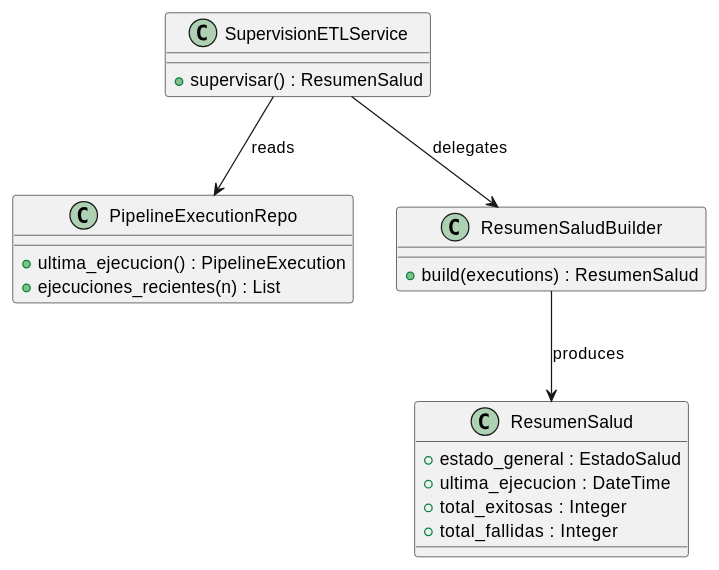
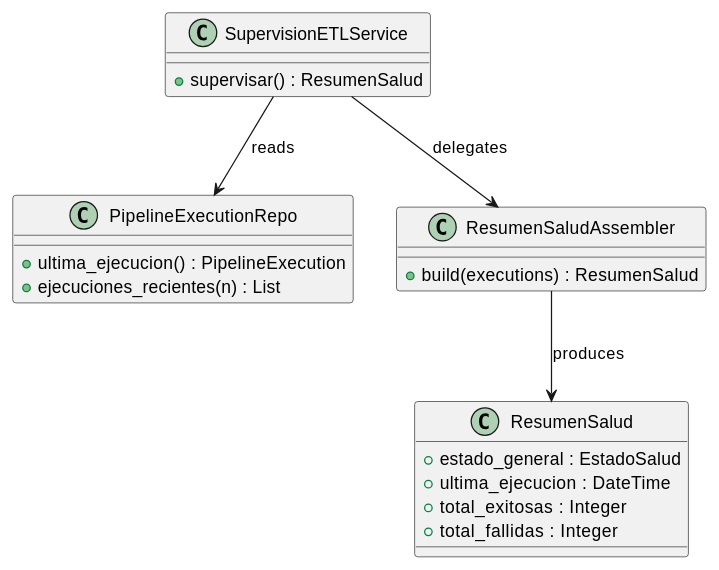
Before and after one commit to jcg-admin/IACT-docs: the diagram in source/requisitos/casos-uso/pipeline/uc-pip-01/diagramas-uml/diagrama-de-clases.rst, drawn with PlantUML. The commit also changed 6 other files, not shown here.

First line of the commit message:
Rename ResumenSaludBuilder to ResumenSaludAssembler (D3)

```diff
--- a/source/requisitos/casos-uso/pipeline/uc-pip-01/diagramas-uml/diagrama-de-clases.rst
+++ b/source/requisitos/casos-uso/pipeline/uc-pip-01/diagramas-uml/diagrama-de-clases.rst
@@ -6,30 +6,30 @@
 .. uml::
  :caption: UC_PIP_01 — clases involucradas.
 
  @startuml
 
  class SupervisionETLService {
    + supervisar() : ResumenSalud
  }
 
  class PipelineExecutionRepo {
    + ultima_ejecucion() : PipelineExecution
    + ejecuciones_recientes(n) : List
  }
 
- class ResumenSaludBuilder {
+ class ResumenSaludAssembler {
    + build(executions) : ResumenSalud
  }
 
  class ResumenSalud {
    + estado_general : EstadoSalud
    + ultima_ejecucion : DateTime
    + total_exitosas : Integer
    + total_fallidas : Integer
  }
 
  SupervisionETLService --> PipelineExecutionRepo : reads
- SupervisionETLService --> ResumenSaludBuilder : delegates
- ResumenSaludBuilder --> ResumenSalud : produces
+ SupervisionETLService --> ResumenSaludAssembler : delegates
+ ResumenSaludAssembler --> ResumenSalud : produces
 
  @enduml
```
